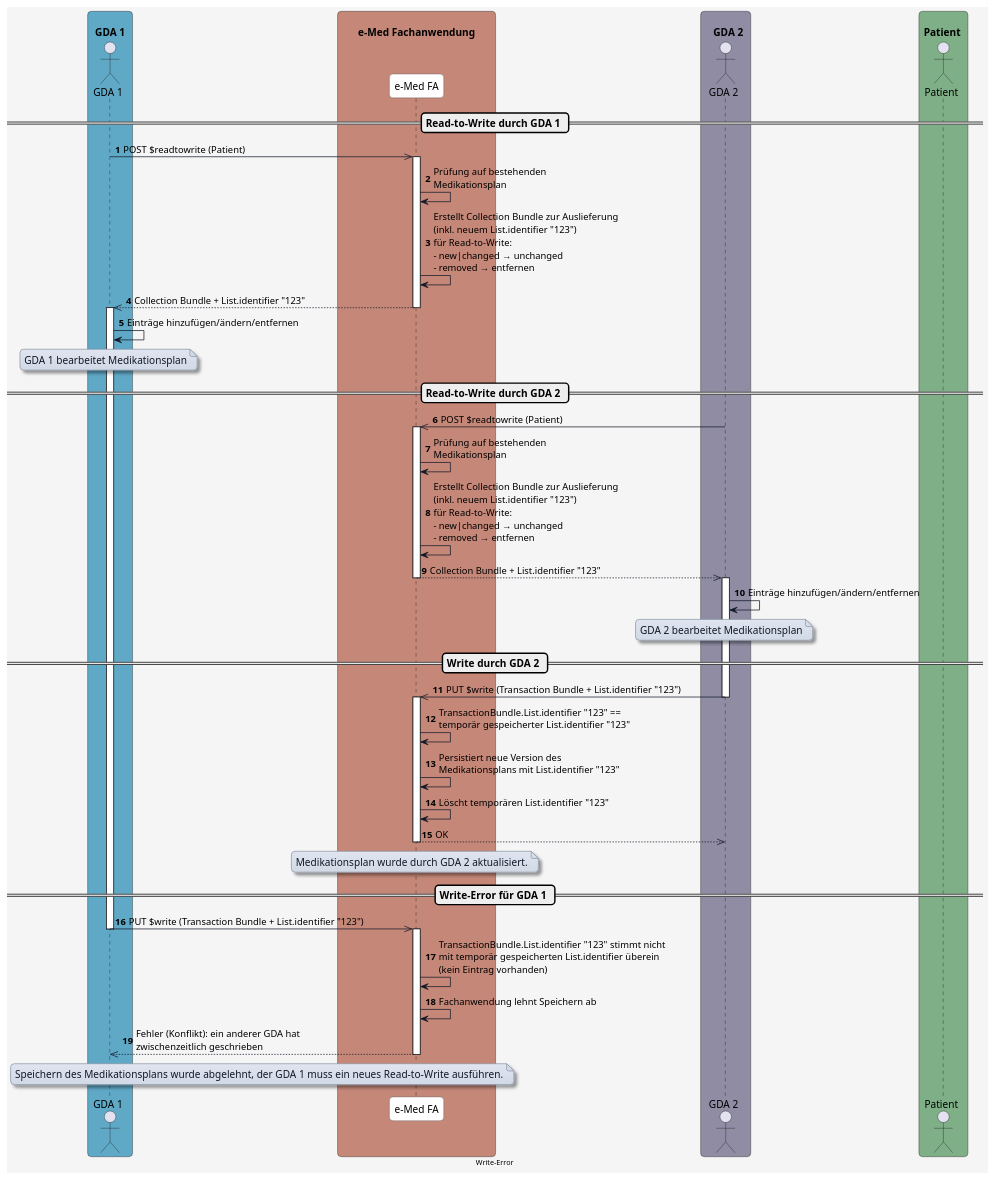
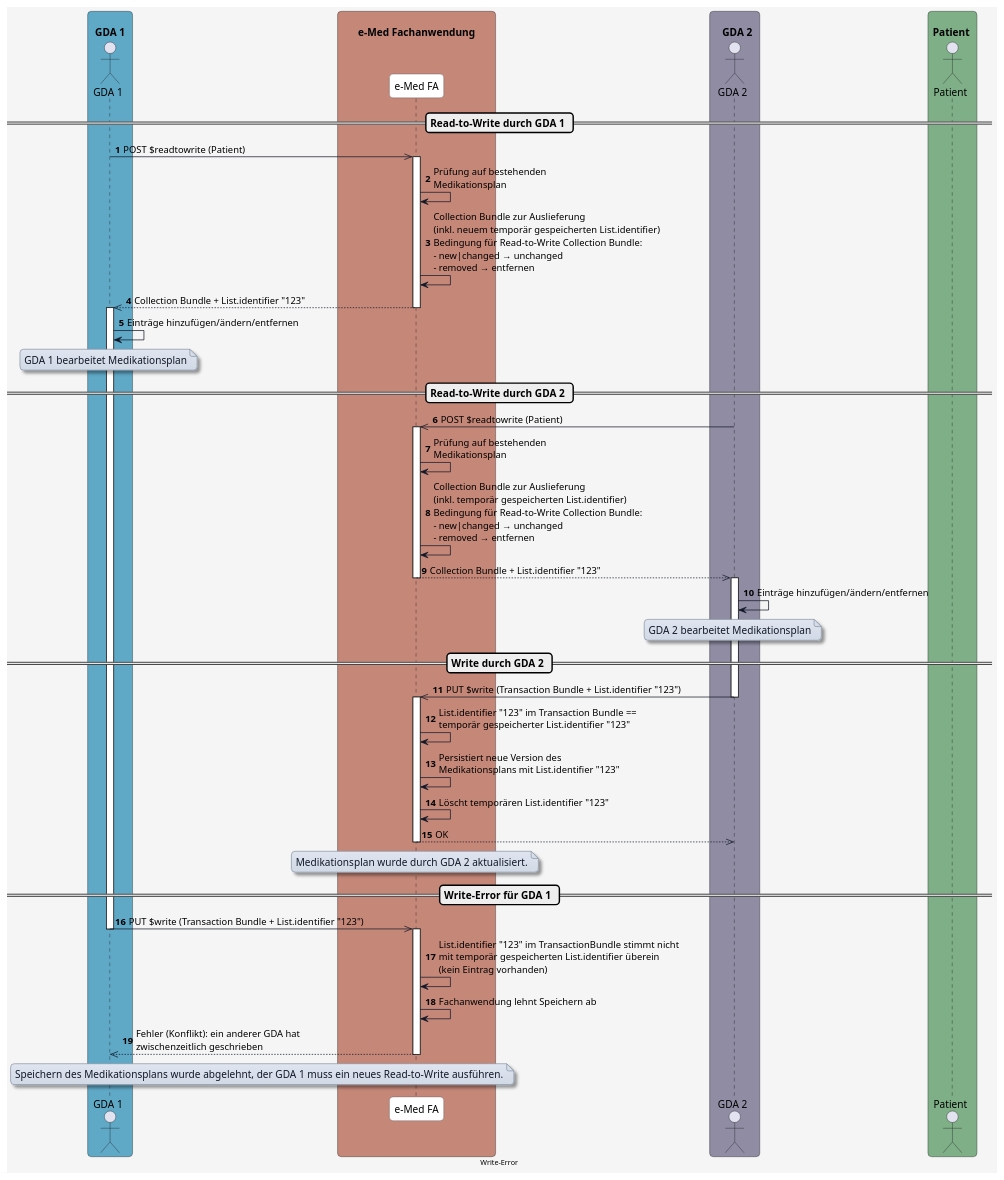
Before and after one commit to HL7Austria/ELGA-e-Medikation-R4: the diagram in input/images-source/diagram_write_error.plantuml, drawn with PlantUML. The commit also changed 26 other files, not shown here.

```diff
--- a/input/images-source/diagram_write_error.plantuml
+++ b/input/images-source/diagram_write_error.plantuml
@@ -1,132 +1,132 @@
 @startuml
 skinparam borderColor #000000
 skinparam backgroundColor #f5f5f5
 skinparam shadowing false
 skinparam roundCorner 10
 skinparam defaultFontName "Arial"
 skinparam defaultFontSize 14
 skinparam defaultFontColor #000000
 
 skinparam note {
   BackgroundColor #e0e5f0-#d1d9e6
   BorderColor #8b95a5
   BorderThickness 1
   RoundCorner 8
   Padding 6
   FontColor #111827
   Shadowing true
 }
 
 skinparam HyperlinkColor #0000EE
 skinparam HyperlinkUnderline false
 
 skinparam sequence {
   ParticipantBorderColor #555555
   ParticipantBackgroundColor #ffffff
   ParticipantFontColor #000000
   ParticipantFontSize 14
   ParticipantPadding 20
   ArrowColor #111827
   ArrowThickness 1
   ArrowFontColor #000000
   ArrowFontSize 13
   GroupBorderColor #111827
   GroupBackgroundColor #eef2ff
   GroupBorderThickness 2
 }
 
 skinparam BoxPadding 20
 skinparam BoxBorderColor #555555
 
 box "\n  GDA 1  " #5FA8C6
   actor GDA_1 as "GDA 1"
 end box
 
 box "\n       e-Med Fachanwendung       " #C48778
   participant eMed_FA as "e-Med FA"
 end box
 
 box "\n    GDA 2  " #8F8CA3
   actor GDA_2 as "GDA 2"
 end box
 
 box "\n Patient  " #7FAF87
   actor Patient as "Patient"
 end box
 
 
 autonumber
 
  
 == Read-to-Write durch GDA 1 ==
 
 GDA_1 ->> eMed_FA: POST $readtowrite (Patient)
 
 activate eMed_FA
 eMed_FA -> eMed_FA: Prüfung auf bestehenden\nMedikationsplan
-eMed_FA -> eMed_FA: Erstellt Collection Bundle zur Auslieferung\n(inkl. neuem List.identifier "123")\nfür Read-to-Write:\n- new|changed → unchanged\n- removed → entfernen
+eMed_FA -> eMed_FA: Collection Bundle zur Auslieferung\n(inkl. neuem temporär gespeicherten List.identifier)\nBedingung für Read-to-Write Collection Bundle:\n- new|changed → unchanged\n- removed → entfernen
 
 eMed_FA -->> GDA_1: Collection Bundle + List.identifier "123"
 deactivate eMed_FA
 
 activate GDA_1
 GDA_1 -> GDA_1: Einträge hinzufügen/ändern/entfernen
 
 note over GDA_1
 GDA 1 bearbeitet Medikationsplan
 end note
 
 == Read-to-Write durch GDA 2 ==
 
 GDA_2 ->> eMed_FA: POST $readtowrite (Patient)
 
 
 activate eMed_FA
 eMed_FA -> eMed_FA: Prüfung auf bestehenden\nMedikationsplan
-eMed_FA -> eMed_FA: Erstellt Collection Bundle zur Auslieferung\n(inkl. neuem List.identifier "123")\nfür Read-to-Write:\n- new|changed → unchanged\n- removed → entfernen
+eMed_FA -> eMed_FA: Collection Bundle zur Auslieferung\n(inkl. temporär gespeicherten List.identifier)\nBedingung für Read-to-Write Collection Bundle:\n- new|changed → unchanged\n- removed → entfernen
 
 eMed_FA -->> GDA_2: Collection Bundle + List.identifier "123"
 deactivate eMed_FA
 
 activate GDA_2
 GDA_2 -> GDA_2: Einträge hinzufügen/ändern/entfernen
 
 note over GDA_2
 GDA 2 bearbeitet Medikationsplan
 end note
 
 == Write durch GDA 2 ==
 
 GDA_2 ->> eMed_FA: PUT $write (Transaction Bundle + List.identifier "123")
 deactivate GDA_2
 
 activate eMed_FA
-eMed_FA -> eMed_FA: TransactionBundle.List.identifier "123" ==\ntemporär gespeicherter List.identifier "123"
+eMed_FA -> eMed_FA: List.identifier "123" im Transaction Bundle ==\ntemporär gespeicherter List.identifier "123"
 eMed_FA -> eMed_FA: Persistiert neue Version des\nMedikationsplans mit List.identifier "123"
 eMed_FA -> eMed_FA: Löscht temporären List.identifier "123"
 eMed_FA -->> GDA_2: OK 
 
 note over eMed_FA
 Medikationsplan wurde durch GDA 2 aktualisiert.
 end note
 
 deactivate eMed_FA
 
 == Write-Error für GDA 1 ==
 
 GDA_1 ->> eMed_FA: PUT $write (Transaction Bundle + List.identifier "123")
 deactivate GDA_1
 
 activate eMed_FA
-eMed_FA -> eMed_FA: TransactionBundle.List.identifier "123" stimmt nicht\nmit temporär gespeicherten List.identifier überein\n(kein Eintrag vorhanden)
+eMed_FA -> eMed_FA: List.identifier "123" im TransactionBundle stimmt nicht\nmit temporär gespeicherten List.identifier überein\n(kein Eintrag vorhanden)
 eMed_FA -> eMed_FA: Fachanwendung lehnt Speichern ab
 eMed_FA -->> GDA_1: Fehler (Konflikt): ein anderer GDA hat\nzwischenzeitlich geschrieben
 note over eMed_FA, GDA_1
 Speichern des Medikationsplans wurde abgelehnt, der GDA 1 muss ein neues Read-to-Write ausführen.
 end note
 
 deactivate eMed_FA
 
 center footer Write-Error
 
 @enduml
```
